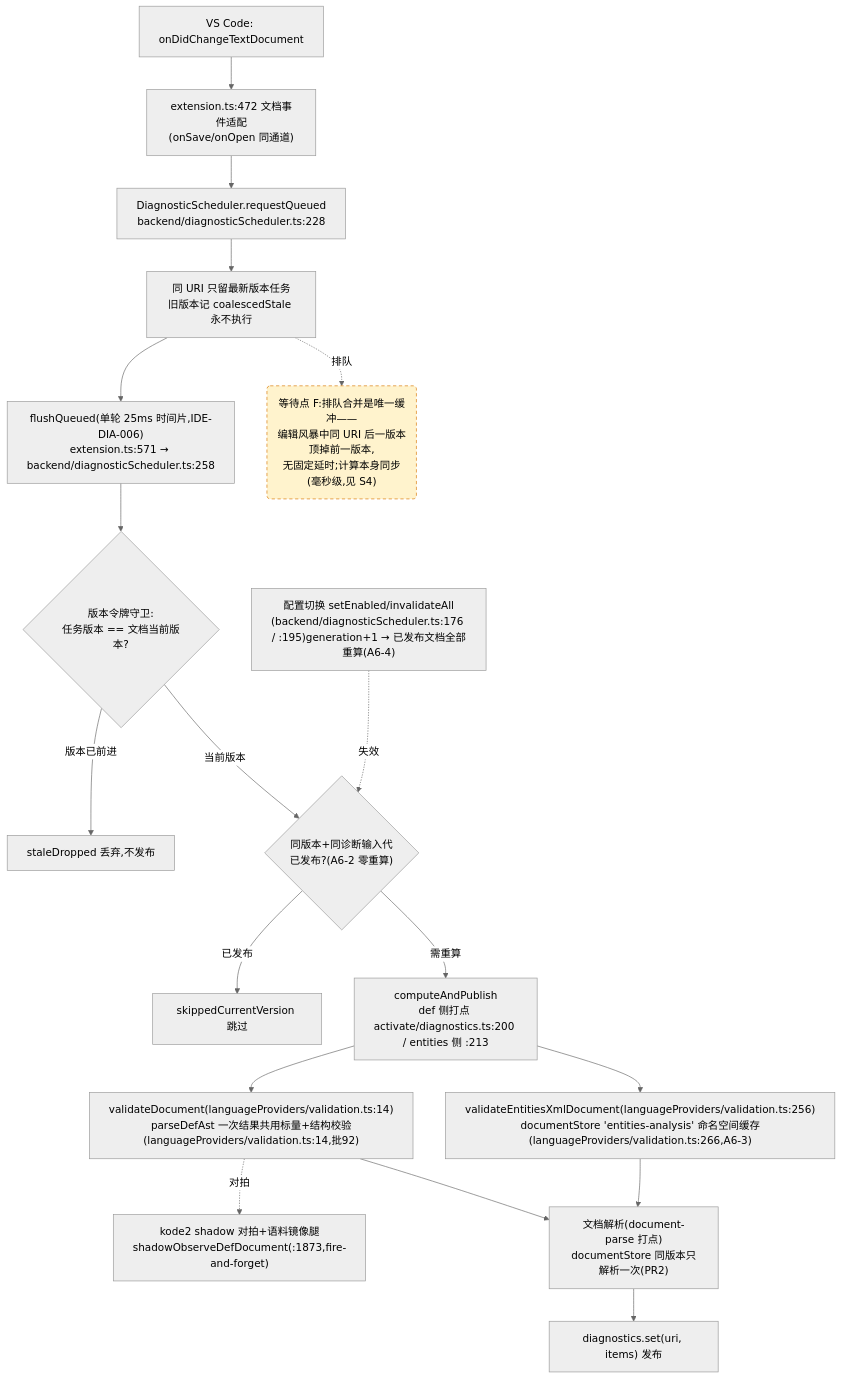
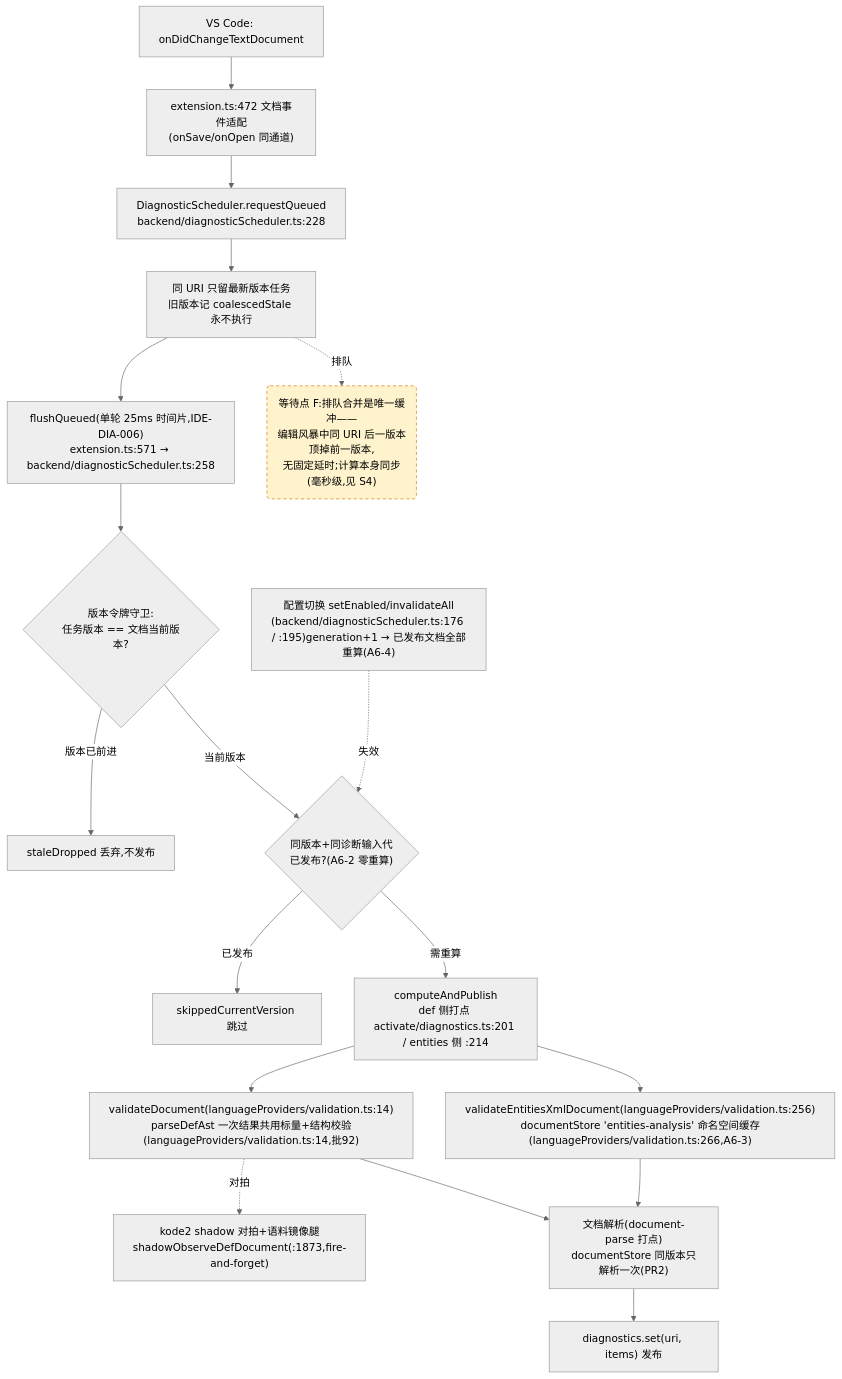
The fourth of 4 diagrams in docs/perf/2026-baseline.md (cuihairu/kode), drawn with Mermaid (neutral theme) before and after one commit. The commit also changed 7 other files, not shown here.

````diff
--- a/docs/perf/2026-baseline.md
+++ b/docs/perf/2026-baseline.md
@@ -230,38 +230,38 @@
 ```mermaid
 flowchart TD
   CHG["VS Code: onDidChangeTextDocument"]
   WATCH["extension.ts:472 文档事件适配<br/>(onSave/onOpen 同通道)"]
   RQ["DiagnosticScheduler.requestQueued<br/>backend/diagnosticScheduler.ts:228"]
   CO["同 URI 只留最新版本任务<br/>旧版本记 coalescedStale 永不执行"]
   FL["flushQueued(单轮 25ms 时间片,IDE-DIA-006)<br/>extension.ts:571 → backend/diagnosticScheduler.ts:258"]
   VG{"版本令牌守卫:<br/>任务版本 == 文档当前版本?"}
   DROP["staleDropped 丢弃,不发布"]
   GEN{"同版本+同诊断输入代<br/>已发布?(A6-2 零重算)"}
   SKIP["skippedCurrentVersion 跳过"]
-  CALC["computeAndPublish<br/>def 侧打点 activate/diagnostics.ts:200 / entities 侧 :213"]
+  CALC["computeAndPublish<br/>def 侧打点 activate/diagnostics.ts:201 / entities 侧 :214"]
   VD["validateDocument(languageProviders/validation.ts:14)<br/>parseDefAst 一次结果共用标量+结构校验(languageProviders/validation.ts:14,批92)"]
   VEX["validateEntitiesXmlDocument(languageProviders/validation.ts:256)<br/>documentStore 'entities-analysis' 命名空间缓存(languageProviders/validation.ts:266,A6-3)"]
   SHDD["kode2 shadow 对拍+语料镜像腿<br/>shadowObserveDefDocument(:1873,fire-and-forget)"]
   DS["文档解析(document-parse 打点)<br/>documentStore 同版本只解析一次(PR2)"]
   PUB["diagnostics.set(uri, items) 发布"]
   CFG2["配置切换 setEnabled/invalidateAll<br/>(backend/diagnosticScheduler.ts:176 / :195)generation+1 → 已发布文档全部重算(A6-4)"]
 
   CHG --> WATCH --> RQ --> CO --> FL --> VG
   VG -- "版本已前进" --> DROP
   VG -- "当前版本" --> GEN
   GEN -- "已发布" --> SKIP
   GEN -- "需重算" --> CALC
   CALC --> VD
   CALC --> VEX
   VD --> DS
   VEX --> DS
   DS --> PUB
   VD -.->|对拍| SHDD
   CFG2 -.->|失效| GEN
 
   WAITF("等待点 F:排队合并是唯一缓冲——<br/>编辑风暴中同 URI 后一版本顶掉前一版本,<br/>无固定延时;计算本身同步(毫秒级,见 S4)")
   CO -.->|排队| WAITF
 
   classDef waitPoint fill:#fff3cd,stroke:#d97706,stroke-dasharray:5 4;
   class WAITF waitPoint;
 ```
````
